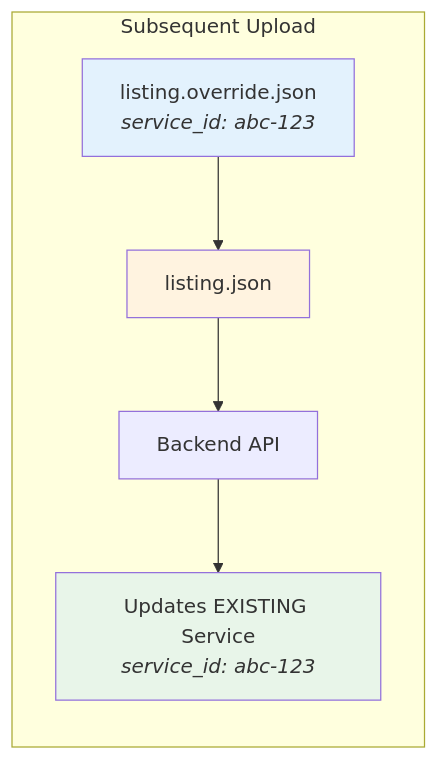
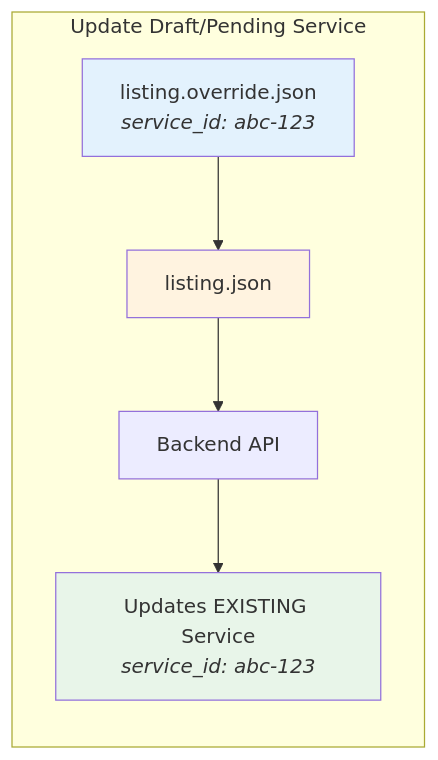
One commit to unitysvc/unitysvc-services changed the fourth of 5 diagrams in docs/data-structure.md. Above: the diagram before and after it, drawn with Mermaid. The commit also changed other lines of this file, not shown here.

First line of the commit message:
Document override file tracking and revision upload behavior

````diff
--- a/docs/data-structure.md
+++ b/docs/data-structure.md
@@ -146,12 +153,12 @@
 ```mermaid
 flowchart LR
-    subgraph Update["Subsequent Upload"]
+    subgraph Update["Update Draft/Pending Service"]
         O2["listing.override.json<br/><i>service_id: abc-123</i>"] --> L2["listing.json"]
         L2 --> API2[Backend API]
         API2 --> S2["Updates EXISTING Service<br/><i>service_id: abc-123</i>"]
     end
 
     style O2 fill:#e3f2fd
     style L2 fill:#fff3e0
     style S2 fill:#e8f5e9
 ```
````
